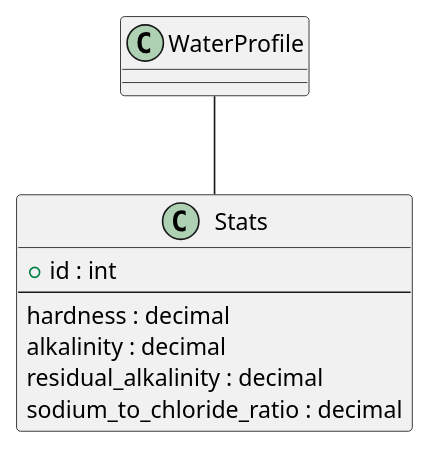
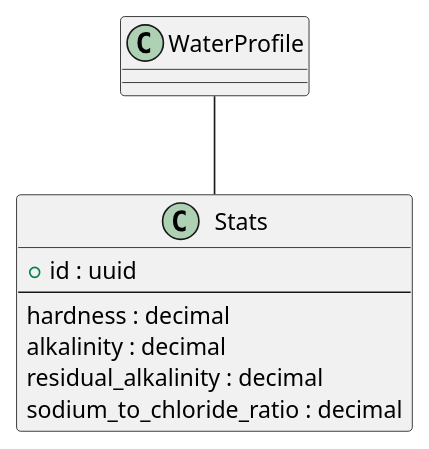
Before and after one commit to asbor/iu-project-software-engineering: the diagram in documents/docs/plantuml/ERD/Profiles/Water/Stats.puml, drawn with PlantUML. The commit also changed 75 other files, not shown here.

```diff
--- a/documents/docs/plantuml/ERD/Profiles/Water/Stats.puml
+++ b/documents/docs/plantuml/ERD/Profiles/Water/Stats.puml
@@ -1,12 +1,12 @@
 @startuml
 class "Stats" as Stats {
-    + id : int
+    + id : uuid
     --
     hardness : decimal /' EngUnit: ppm, Hardness '/
     alkalinity : decimal /' EngUnit: ppm, Alkalinity '/
     residual_alkalinity : decimal /' EngUnit: ppm, Residual Alkalinity '/
     sodium_to_chloride_ratio : decimal /' EngUnit: ppm, Sodium to Chloride Ratio '/ 
 }
 
 WaterProfile -- Stats
 @enduml
```
